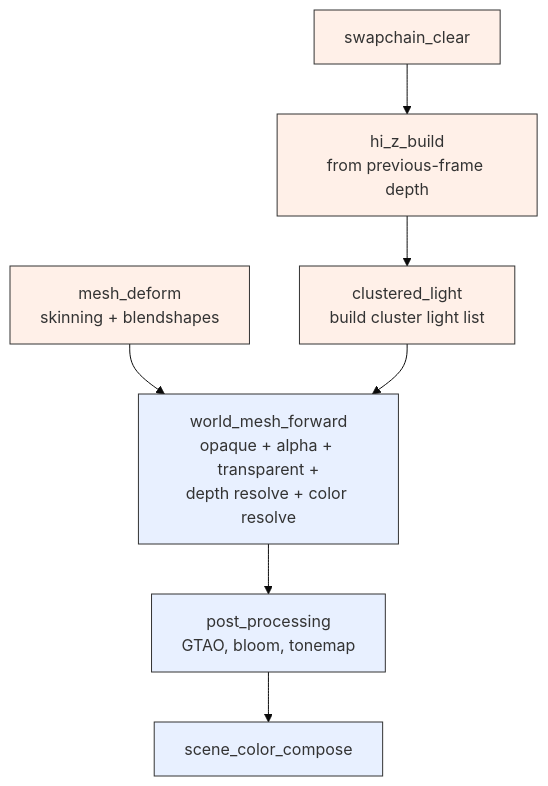
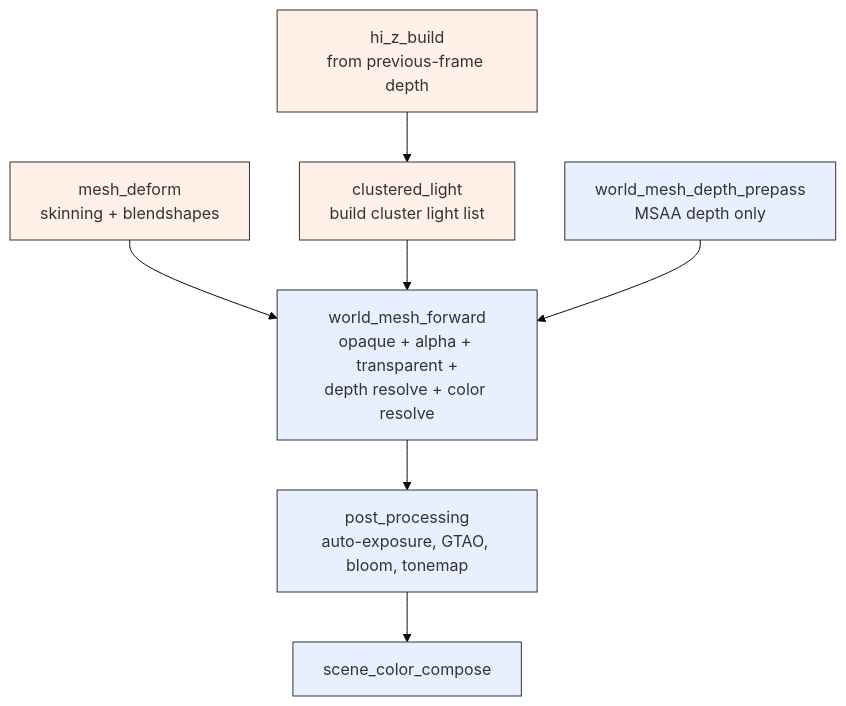
One commit to BlueAmulet/Renderide changed the ninth of 10 diagrams in CONTRIBUTING.md. Above: the diagram before and after it, drawn with Mermaid (base theme). The commit also changed other lines of this file, not shown here.

````diff
--- a/CONTRIBUTING.md
+++ b/CONTRIBUTING.md
@@ -551,22 +539,22 @@
 ```mermaid
 flowchart TB
-    swc[swapchain_clear]
     md[mesh_deform<br/>skinning + blendshapes]
     hiz[hi_z_build<br/>from previous-frame depth]
     cl[clustered_light<br/>build cluster light list]
+    dp[world_mesh_depth_prepass<br/>MSAA depth only]
     wmf[world_mesh_forward<br/>opaque + alpha + transparent +<br/>depth resolve + color resolve]
-    pp[post_processing<br/>GTAO, bloom, tonemap]
+    pp[post_processing<br/>auto-exposure, GTAO, bloom, tonemap]
     sc[scene_color_compose]
 
-    swc --> hiz
     hiz --> cl
     md --> wmf
     cl --> wmf
+    dp --> wmf
     wmf --> pp
     pp --> sc
 
     classDef global fill:#fff0e8,stroke:#333
     classDef perview fill:#e8f0ff,stroke:#333
-    class swc,hiz,cl,md global
-    class wmf,pp,sc perview
+    class hiz,cl,md global
+    class dp,wmf,pp,sc perview
 ```
````
